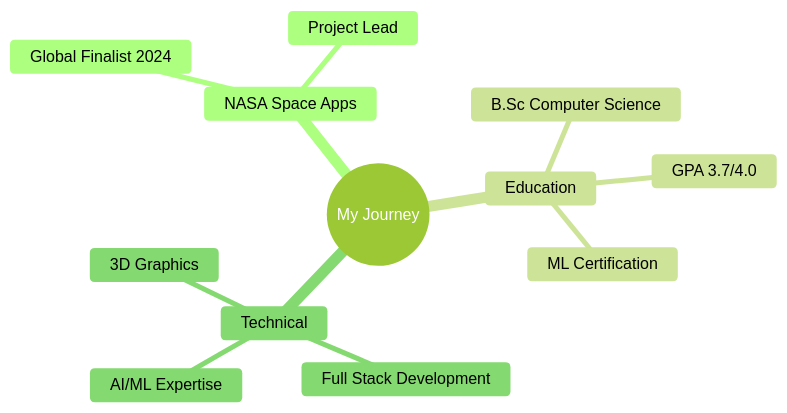
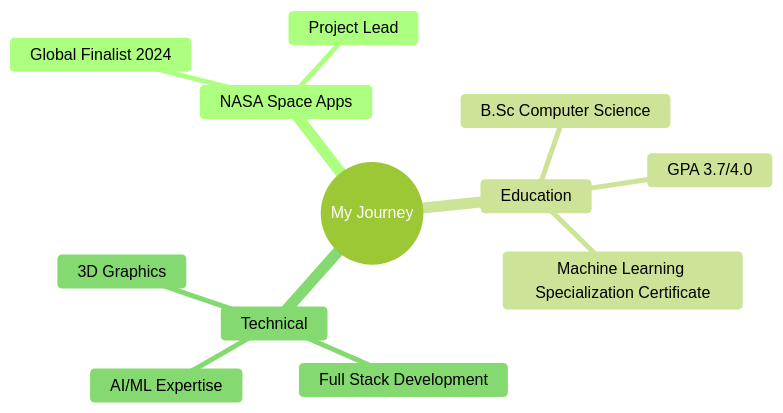
One commit to KhamessiTaha/KhamessiTaha changed the diagram in README.md. Above: the diagram before and after it, drawn with Mermaid (forest theme).

````diff
--- a/README.md
+++ b/README.md
@@ -65,15 +65,15 @@
 ```mermaid
 mindmap
   root((My Journey))
     NASA Space Apps
       Global Finalist 2024
       Project Lead
     Education
       B.Sc Computer Science
       GPA 3.7/4.0
-      ML Certification
+      Machine Learning Specialization Certificate
     Technical
       Full Stack Development
       AI/ML Expertise
       3D Graphics
 ```
````
